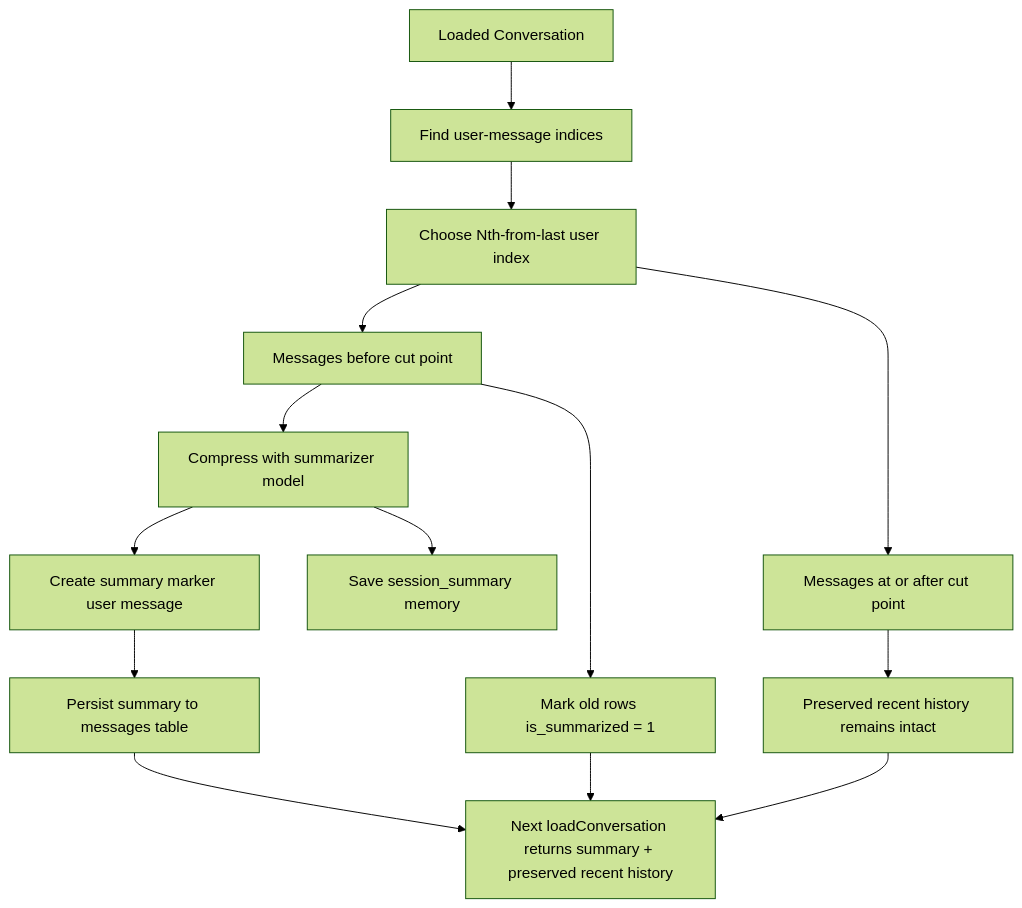
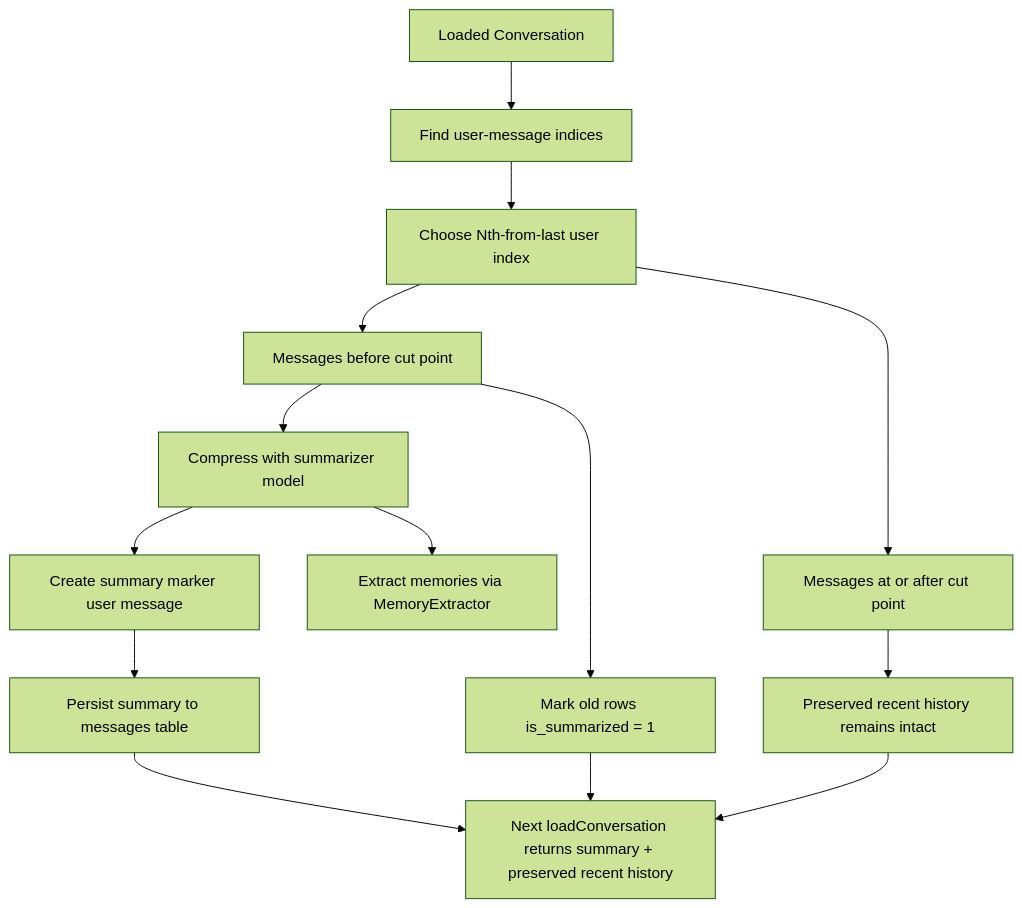
The third of 5 diagrams in content/features/chat.mdx (carmelosantana/docs-coquibot-org), drawn with Mermaid (forest theme) before and after one commit. The commit also changed other lines of this file and 30 other files, not shown here.

````diff
--- a/content/features/chat.mdx
+++ b/content/features/chat.mdx
@@ -172,16 +184,16 @@
 ```mermaid
 flowchart TD
     A[Loaded Conversation] --> B[Find user-message indices]
     B --> C[Choose Nth-from-last user index]
     C --> D[Messages before cut point]
     C --> E[Messages at or after cut point]
     D --> F[Compress with summarizer model]
     F --> G[Create summary marker user message]
     G --> H[Persist summary to messages table]
     D --> I[Mark old rows is_summarized = 1]
-    F --> J[Save session_summary memory]
+    F --> J[Extract memories via MemoryExtractor]
     E --> K[Preserved recent history remains intact]
     H --> L[Next loadConversation returns summary + preserved recent history]
     I --> L
     K --> L
 ```
````
